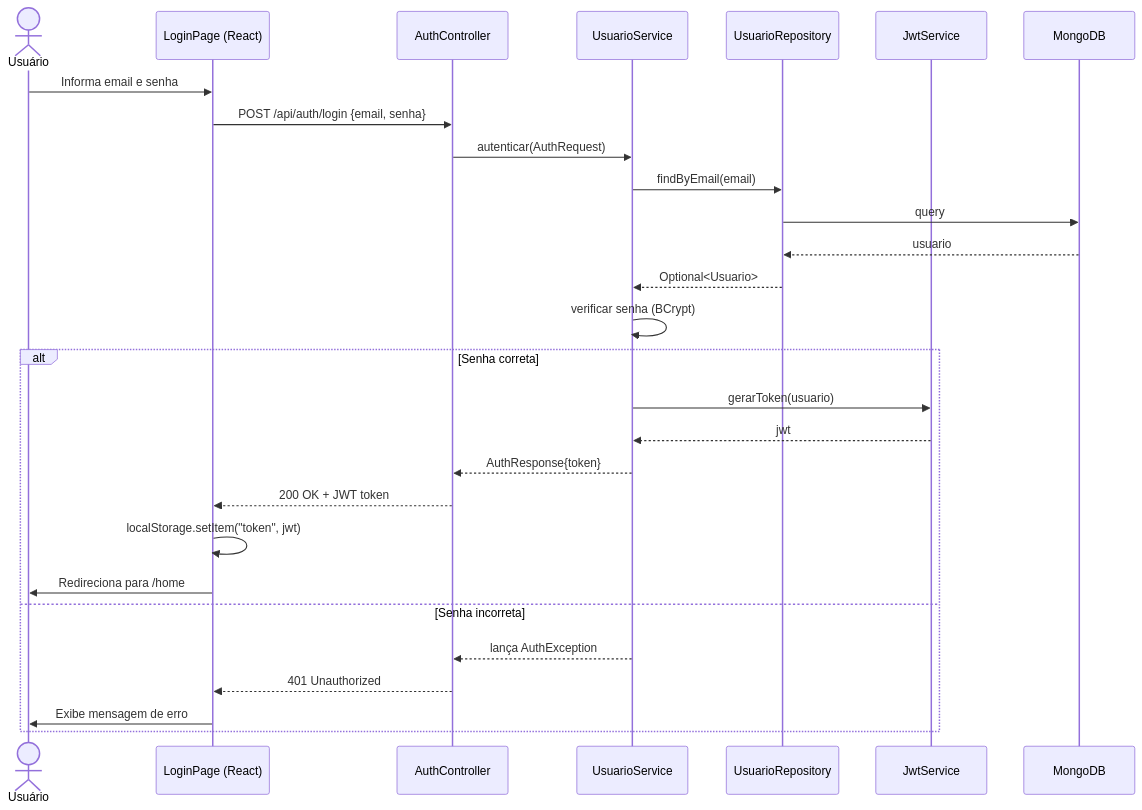
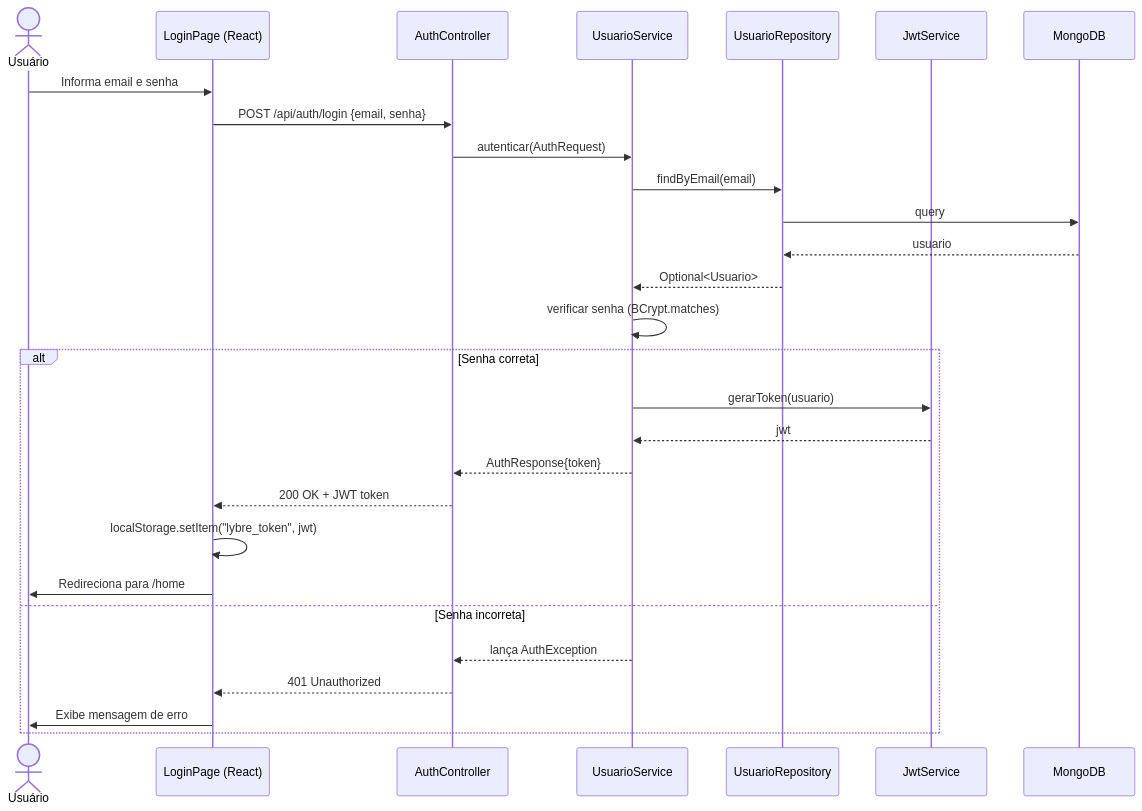
One commit to limmuz/biblioteca changed the second of 20 diagrams in RTM.md. Above: the diagram before and after it, drawn with Mermaid. The commit also changed other lines of this file and 47 other files, not shown here.

````diff
--- a/RTM.md
+++ b/RTM.md
@@ -80,31 +80,31 @@
 ```mermaid
 sequenceDiagram
     actor U as Usuário
     participant F as LoginPage (React)
     participant A as AuthController
     participant S as UsuarioService
     participant R as UsuarioRepository
     participant J as JwtService
     participant M as MongoDB
 
     U->>F: Informa email e senha
     F->>A: POST /api/auth/login {email, senha}
     A->>S: autenticar(AuthRequest)
     S->>R: findByEmail(email)
     R->>M: query
     M-->>R: usuario
     R-->>S: Optional<Usuario>
-    S->>S: verificar senha (BCrypt)
+    S->>S: verificar senha (BCrypt.matches)
     alt Senha correta
         S->>J: gerarToken(usuario)
         J-->>S: jwt
         S-->>A: AuthResponse{token}
         A-->>F: 200 OK + JWT token
-        F->>F: localStorage.setItem("token", jwt)
+        F->>F: localStorage.setItem("lybre_token", jwt)
         F->>U: Redireciona para /home
     else Senha incorreta
         S-->>A: lança AuthException
         A-->>F: 401 Unauthorized
         F->>U: Exibe mensagem de erro
     end
 ```
````
